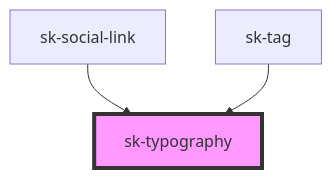
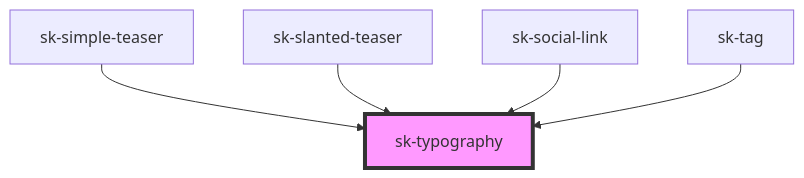
One commit to simonknittel/components changed the diagram in stencil/src/components/typography/readme.md. Above: the diagram before and after it, drawn with Mermaid. The commit also changed other lines of this file and 22 other files, not shown here.

Commit message:
Refactor sk-typography; Add sk-slanted, sk-simple-teaser, sk-slanted-teaser

````diff
--- a/stencil/src/components/typography/readme.md
+++ b/stencil/src/components/typography/readme.md
@@ -16,6 +25,8 @@
 ```mermaid
 graph TD;
+  sk-simple-teaser --> sk-typography
+  sk-slanted-teaser --> sk-typography
   sk-social-link --> sk-typography
   sk-tag --> sk-typography
   style sk-typography fill:#f9f,stroke:#333,stroke-width:4px
 ```
````
